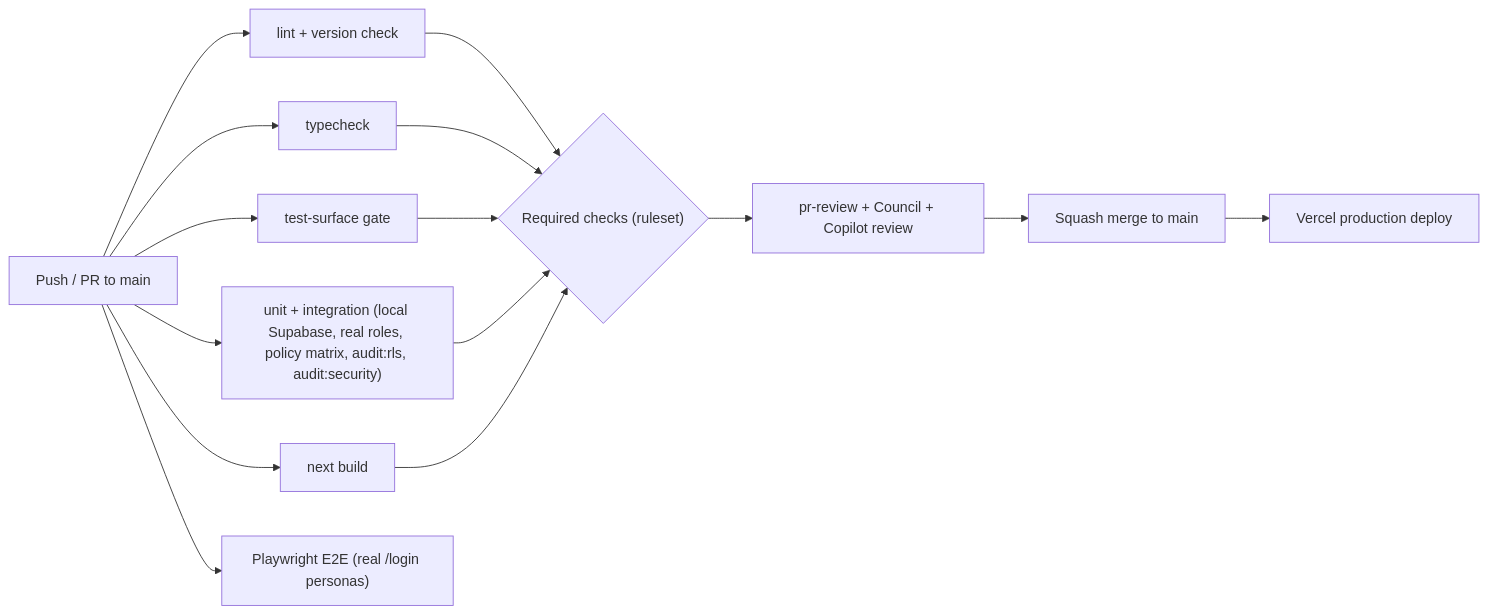
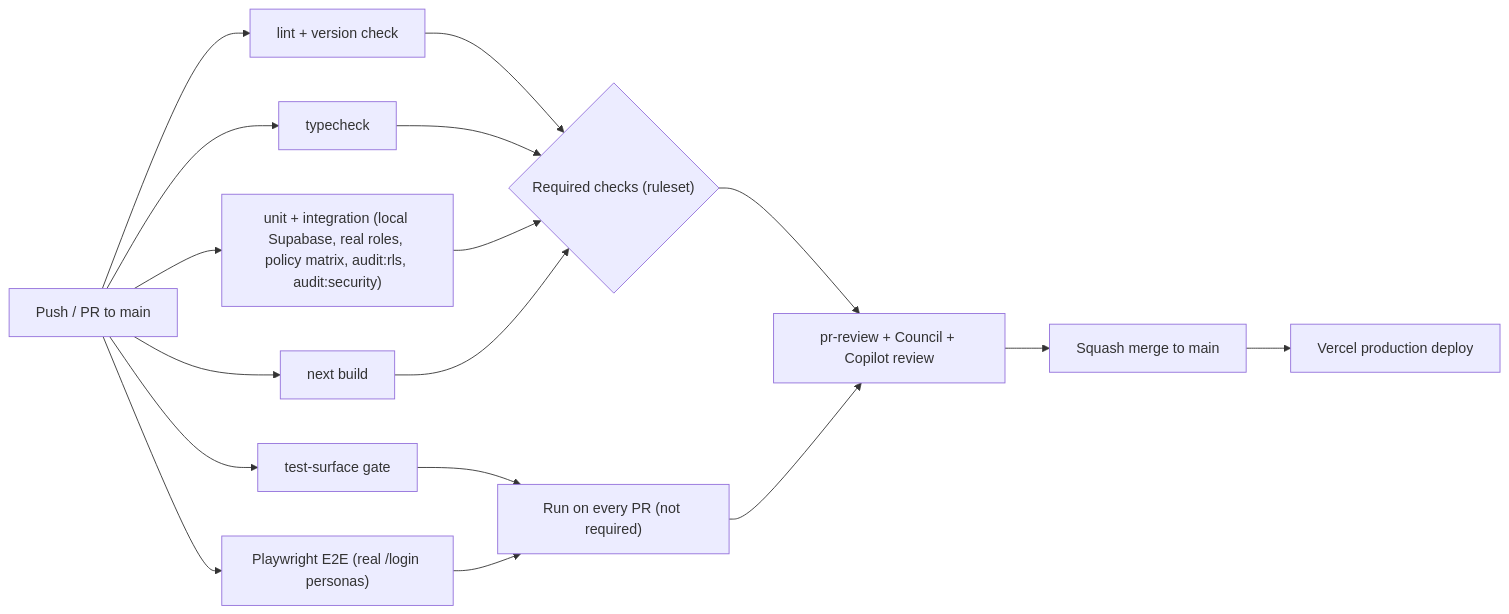
Before and after one commit to ricardojjulia/FaithFullScholars: the fifth of 5 diagrams in docs/architecture.md, drawn with Mermaid. The commit also changed other lines of this file and 4 other files, not shown here.

````diff
--- a/docs/architecture.md
+++ b/docs/architecture.md
@@ -175,13 +180,15 @@
 ```mermaid
 flowchart LR
     Push["Push / PR to main"] --> Lint["lint + version check"]
     Push --> Types["typecheck"]
     Push --> Surface["test-surface gate"]
     Push --> Tests["unit + integration (local Supabase, real roles, policy matrix, audit:rls, audit:security)"]
     Push --> Build["next build"]
     Push --> E2E["Playwright E2E (real /login personas)"]
-    Lint & Types & Surface & Tests & Build --> Required{"Required checks (ruleset)"}
+    Lint & Types & Tests & Build --> Required{"Required checks (ruleset)"}
+    Surface & E2E --> Advisory["Run on every PR (not required)"]
     Required --> Review["pr-review + Council + Copilot review"]
+    Advisory --> Review
     Review --> Merge["Squash merge to main"]
     Merge --> Vercel["Vercel production deploy"]
 ```
````
